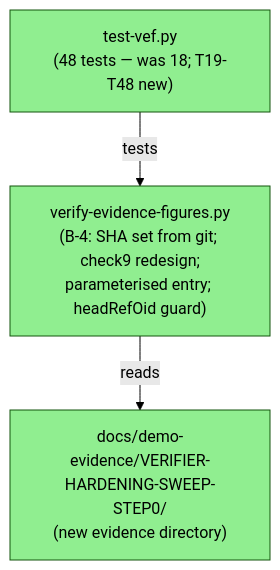
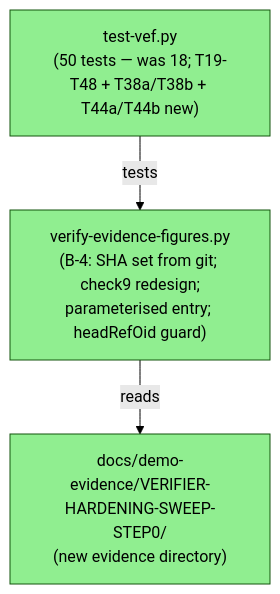
One commit to BOHICA-LABS/mdlinkcheck-cloud changed the first of 3 diagrams in code-delivery/VERIFIER-HARDENING-SWEEP-STEP0/pr-description.md. Above: the diagram before and after it, drawn with Mermaid (forest theme). The commit also changed other lines of this file, not shown here.

````diff
--- a/code-delivery/VERIFIER-HARDENING-SWEEP-STEP0/pr-description.md
+++ b/code-delivery/VERIFIER-HARDENING-SWEEP-STEP0/pr-description.md
@@ -23,13 +23,13 @@
 ```mermaid
 graph TD
     VEF["verify-evidence-figures.py<br/>(B-4: SHA set from git; check9 redesign;<br/>parameterised entry; headRefOid guard)"]
-    TVEF["test-vef.py<br/>(48 tests — was 18; T19-T48 new)"]
+    TVEF["test-vef.py<br/>(50 tests — was 18; T19-T48 + T38a/T38b + T44a/T44b new)"]
     EV["docs/demo-evidence/VERIFIER-HARDENING-SWEEP-STEP0/<br/>(new evidence directory)"]
 
     TVEF -->|"tests"| VEF
     VEF -->|"reads"| EV
 
     style VEF fill:#90EE90
     style TVEF fill:#90EE90
     style EV fill:#90EE90
 ```
````
